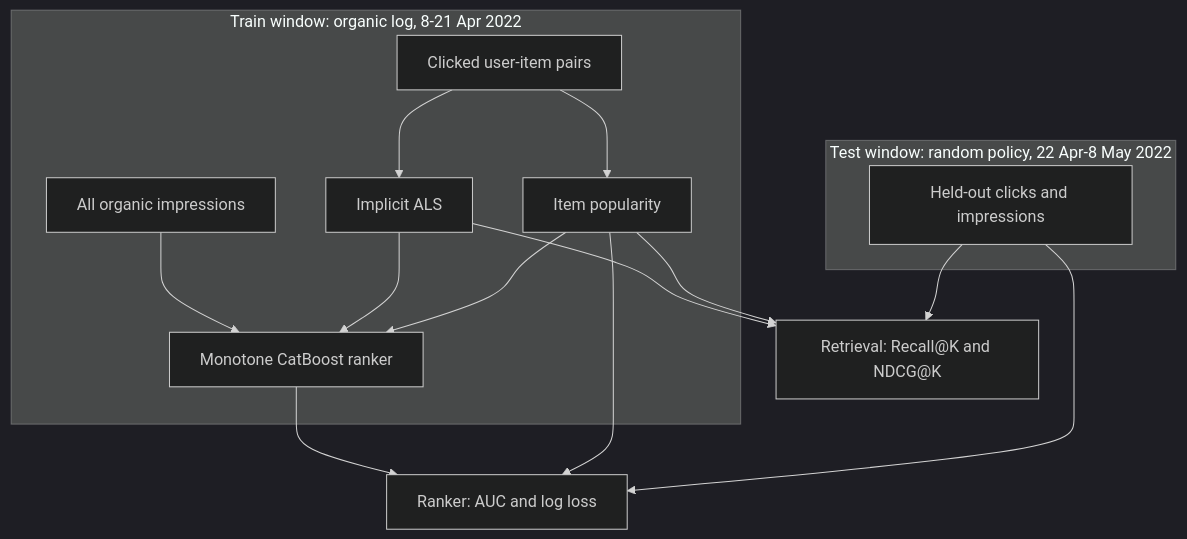
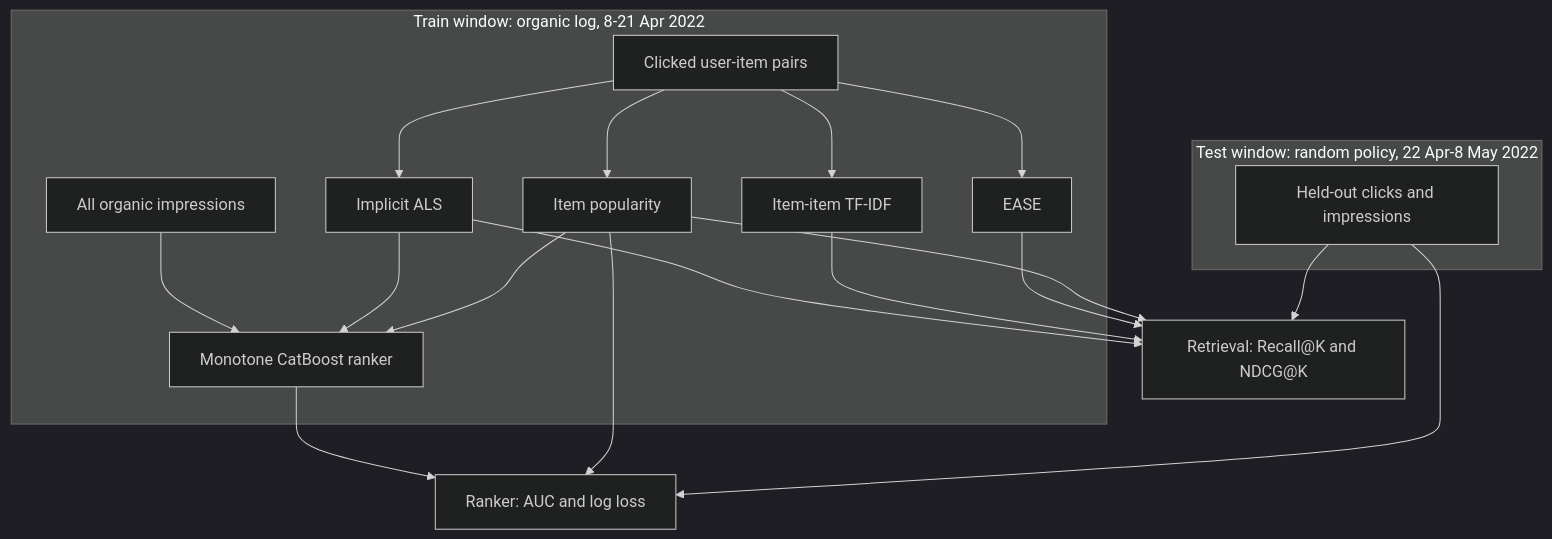
The diagram in README.md (azxav/recsys_kuirand), drawn with Mermaid (dark theme) before and after one commit. The commit also changed other lines of this file and 5 other files, not shown here.

````diff
--- a/README.md
+++ b/README.md
@@ -9,19 +9,23 @@
 ```mermaid
 flowchart TB
   subgraph train [Train window: organic log, 8-21 Apr 2022]
     Clicks[Clicked user-item pairs] --> ALS[Implicit ALS]
+    Clicks --> KNN[Item-item TF-IDF]
+    Clicks --> EASE[EASE]
     Clicks --> Pop[Item popularity]
     Impr[All organic impressions] --> Ranker[Monotone CatBoost ranker]
     ALS --> Ranker
     Pop --> Ranker
   end
   subgraph test [Test window: random policy, 22 Apr-8 May 2022]
     Future[Held-out clicks and impressions]
   end
   ALS --> RetrievalEval["Retrieval: Recall@K and NDCG@K"]
+  KNN --> RetrievalEval
+  EASE --> RetrievalEval
   Pop --> RetrievalEval
   Future --> RetrievalEval
   Ranker --> RankEval["Ranker: AUC and log loss"]
   Pop --> RankEval
   Future --> RankEval
 ```
````
